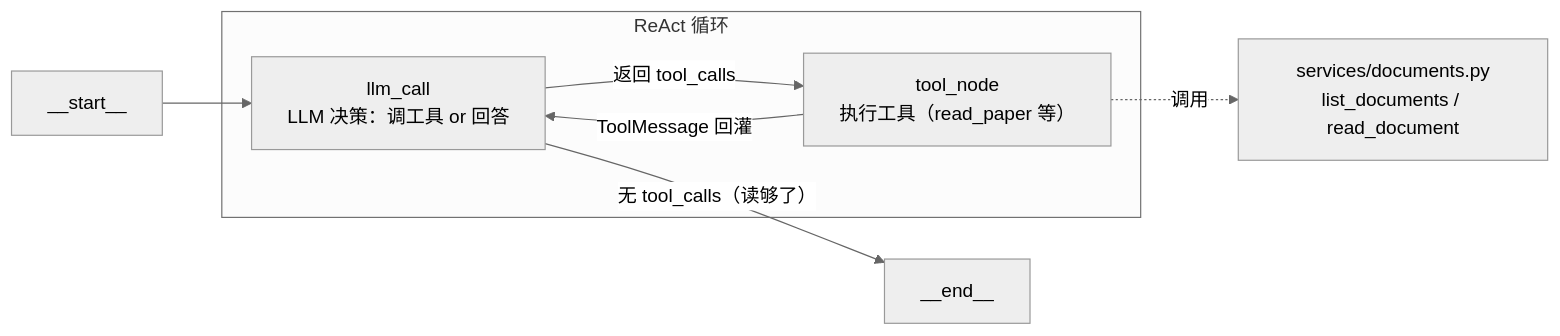
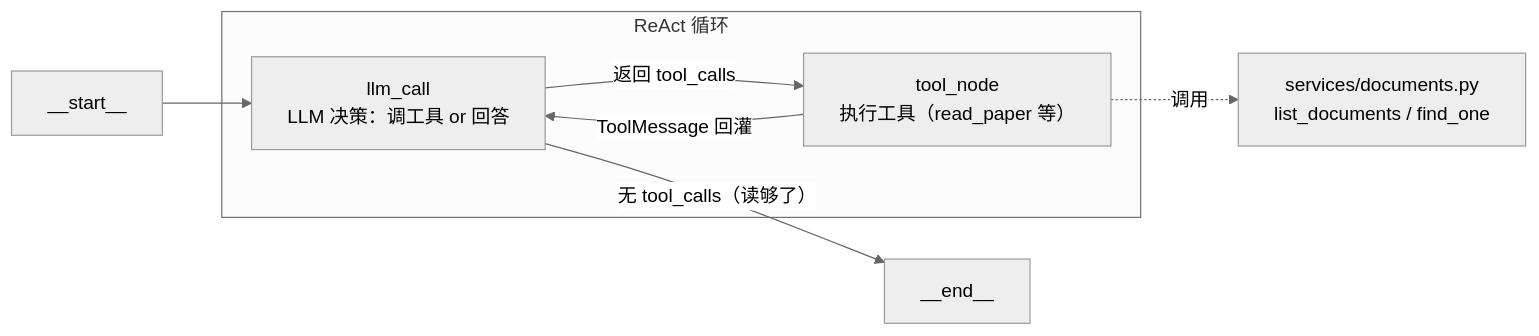
One commit to 00-DS/Agentic-Search changed the second of 2 diagrams in 任务文档/02-LangGraph-Agent.md. Above: the diagram before and after it, drawn with Mermaid (neutral theme). The commit also changed other lines of this file and 6 other files, not shown here.

First line of the commit message:
refactor: 移除 read_document 死代码 + 同步全量文档

````diff
--- a/任务文档/02-LangGraph-Agent.md
+++ b/任务文档/02-LangGraph-Agent.md
@@ -87,12 +87,12 @@
 ```mermaid
 graph LR
     Start["__start__"] --> LLM["llm_call<br/>LLM 决策：调工具 or 回答"]
     LLM -->|"返回 tool_calls"| Tool["tool_node<br/>执行工具（read_paper 等）"]
     Tool -->|"ToolMessage 回灌"| LLM
     LLM -->|"无 tool_calls（读够了）"| End["__end__"]
-    Tool -.->|"调用"| Docs["services/documents.py<br/>list_documents / read_document"]
+    Tool -.->|"调用"| Docs["services/documents.py<br/>list_documents / find_one"]
     subgraph ReAct 循环
         LLM
         Tool
     end
 ```
````
